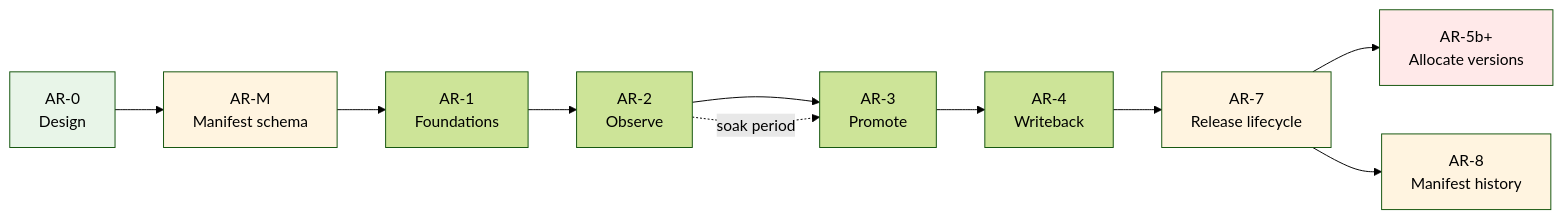
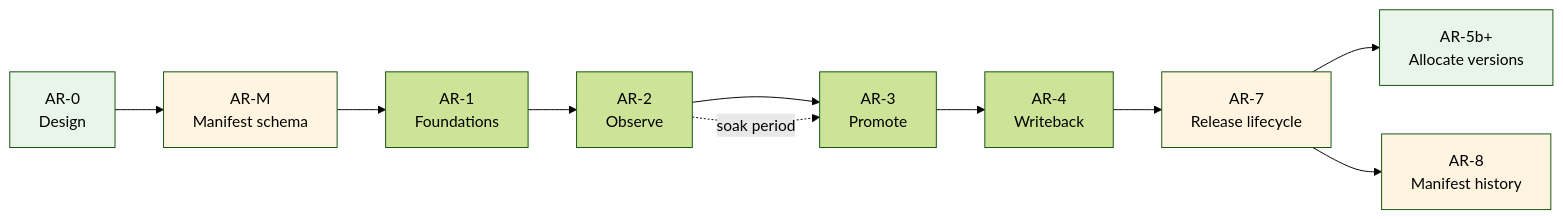
The diagram in tools/app_registry/PLAN.md (whale-net/everything), drawn with Mermaid (forest theme) before and after one commit. The commit also changed other lines of this file and 48 other files, not shown here.

````diff
--- a/tools/app_registry/PLAN.md
+++ b/tools/app_registry/PLAN.md
@@ -215,17 +206,17 @@
 ```mermaid
 graph LR
     AR0["AR-0<br/>Design"] --> ARM["AR-M<br/>Manifest schema"]
     ARM --> AR1["AR-1<br/>Foundations"]
     AR1 --> AR2["AR-2<br/>Observe"]
     AR2 --> AR3["AR-3<br/>Promote"]
     AR3 --> AR4["AR-4<br/>Writeback"]
     AR4 --> AR7["AR-7<br/>Release lifecycle"]
     AR7 --> AR5["AR-5b+<br/>Allocate versions"]
     AR7 --> AR8["AR-8<br/>Manifest history"]
     AR2 -. "soak period" .-> AR3
     style AR0 fill:#e8f5e8
     style ARM fill:#fff4e0
     style AR7 fill:#fff4e0
-    style AR5 fill:#ffe9e9
+    style AR5 fill:#e8f5e8
     style AR8 fill:#fff4e0
 ```
````
